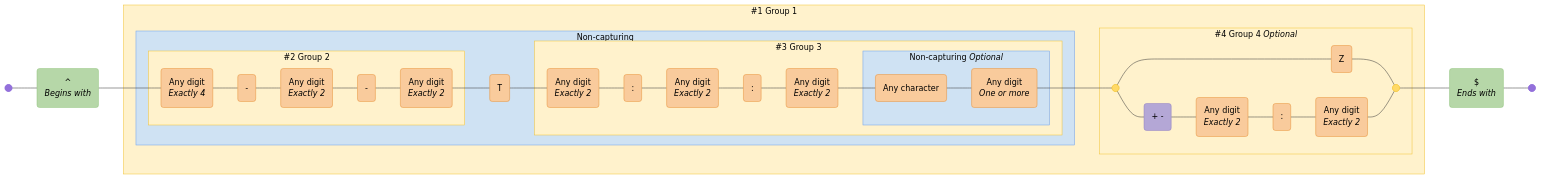
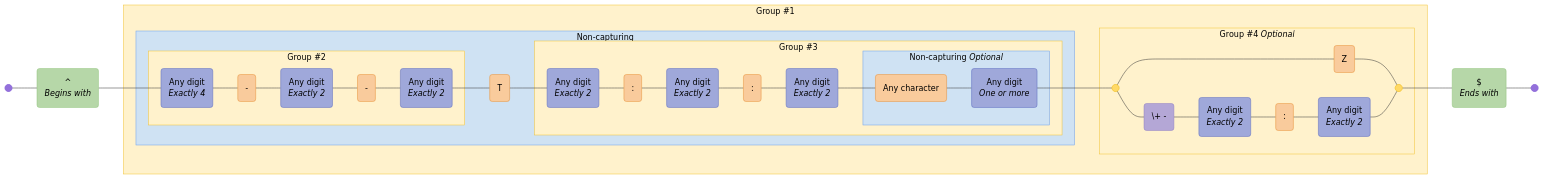
One commit to tayles/regex-to-mermaid changed the fourth of 15 diagrams in EXAMPLES.md. Above: the diagram before and after it, drawn with Mermaid. The commit also changed other lines of this file and 89 other files, not shown here.

````diff
--- a/EXAMPLES.md
+++ b/EXAMPLES.md
@@ -1965,75 +1709,75 @@
 ```mermaid
 graph LR
   accTitle: "Regex: /^((?:(\\d{4}-\\d{2}-\\d{2})T(\\d{2}:\\d{2}:\\d{2}(?:\\.\\d+)?))(Z|[\\+-]\\d{2}:\\d{2})?)$/gm"
-  accDescr: "Generated with regex-to-mermaid@1.0.4"
+  accDescr: "Generated with regex-to-mermaid@2.0.0"
 
   %% Nodes
   start@{ shape: f-circ };
   fin@{ shape: f-circ };
   assertion_1("^<br><i>Begins with</i>"):::assertion;
-  literal_1("Any digit<br><i>Exactly 4</i>"):::literal;
+  char_set_1("Any digit<br><i>Exactly 4</i>"):::char-set;
+  literal_1("-"):::literal;
+  char_set_2("Any digit<br><i>Exactly 2</i>"):::char-set;
   literal_2("-"):::literal;
-  literal_3("Any digit<br><i>Exactly 2</i>"):::literal;
-  literal_4("-"):::literal;
-  literal_5("Any digit<br><i>Exactly 2</i>"):::literal;
-  literal_6("T"):::literal;
-  literal_7("Any digit<br><i>Exactly 2</i>"):::literal;
-  literal_8(":"):::literal;
-  literal_9("Any digit<br><i>Exactly 2</i>"):::literal;
-  literal_10(":"):::literal;
-  literal_11("Any digit<br><i>Exactly 2</i>"):::literal;
-  literal_12("Any character"):::literal;
-  literal_13("Any digit<br><i>One or more</i>"):::literal;
+  char_set_3("Any digit<br><i>Exactly 2</i>"):::char-set;
+  literal_3("T"):::literal;
+  char_set_4("Any digit<br><i>Exactly 2</i>"):::char-set;
+  literal_4(":"):::literal;
+  char_set_5("Any digit<br><i>Exactly 2</i>"):::char-set;
+  literal_5(":"):::literal;
+  char_set_6("Any digit<br><i>Exactly 2</i>"):::char-set;
+  literal_6("Any character"):::literal;
+  char_set_7("Any digit<br><i>One or more</i>"):::char-set;
   disjunction_begin_1:::disjunction@{ shape: f-circ };
   disjunction_end_1:::disjunction@{ shape: f-circ };
-  literal_14("Z"):::literal;
-  char_class_1("+ -"):::char-class;
-  literal_15("Any digit<br><i>Exactly 2</i>"):::literal;
-  literal_16(":"):::literal;
-  literal_17("Any digit<br><i>Exactly 2</i>"):::literal;
+  literal_7("Z"):::literal;
+  char_class_1("\+ -"):::char-class;
+  char_set_8("Any digit<br><i>Exactly 2</i>"):::char-set;
+  literal_8(":"):::literal;
+  char_set_9("Any digit<br><i>Exactly 2</i>"):::char-set;
   assertion_2("$<br><i>Ends with</i>"):::assertion;
 
   %% Subgraphs
-  subgraph standard_2 ["#2 Group 2"]
+  subgraph standard_2 ["Group #2"]
+    char_set_1
     literal_1
+    char_set_2
     literal_2
-    literal_3
-    literal_4
-    literal_5
+    char_set_3
   end
 
   subgraph non_capturing_2 ["Non-capturing <i>Optional</i>"]
-    literal_12
-    literal_13
+    literal_6
+    char_set_7
   end
 
-  subgraph standard_3 ["#3 Group 3"]
+  subgraph standard_3 ["Group #3"]
     non_capturing_2
-    literal_7
-    literal_8
-    literal_9
-    literal_10
-    literal_11
+    char_set_4
+    literal_4
+    char_set_5
+    literal_5
+    char_set_6
   end
 
   subgraph non_capturing_1 ["Non-capturing"]
     standard_2
     non_capturing_2
     standard_3
-    literal_6
+    literal_3
   end
 
-  subgraph standard_4 ["#4 Group 4 <i>Optional</i>"]
+  subgraph standard_4 ["Group #4 <i>Optional</i>"]
     disjunction_begin_1
     disjunction_end_1
-    literal_14
+    literal_7
     char_class_1
-    literal_15
-    literal_16
-    literal_17
+    char_set_8
+    literal_8
+    char_set_9
   end
 
-  subgraph standard_1 ["#1 Group 1"]
+  subgraph standard_1 ["Group #1"]
     standard_2
     non_capturing_2
     standard_3
@@ -2043,33 +1787,34 @@
 
   %% Edges
   start --- assertion_1;
-  assertion_1 --- literal_1;
-  literal_1 --- literal_2;
-  literal_2 --- literal_3;
-  literal_3 --- literal_4;
-  literal_4 --- literal_5;
-  literal_5 --- literal_6;
-  literal_6 --- literal_7;
-  literal_7 --- literal_8;
-  literal_8 --- literal_9;
-  literal_9 --- literal_10;
-  literal_10 --- literal_11;
-  literal_11 --- literal_12;
-  literal_12 --- literal_13;
-  literal_13 --- disjunction_begin_1;
-  disjunction_begin_1 --- literal_14;
-  literal_14 --- disjunction_end_1;
+  assertion_1 --- char_set_1;
+  char_set_1 --- literal_1;
+  literal_1 --- char_set_2;
+  char_set_2 --- literal_2;
+  literal_2 --- char_set_3;
+  char_set_3 --- literal_3;
+  literal_3 --- char_set_4;
+  char_set_4 --- literal_4;
+  literal_4 --- char_set_5;
+  char_set_5 --- literal_5;
+  literal_5 --- char_set_6;
+  char_set_6 --- literal_6;
+  literal_6 --- char_set_7;
+  char_set_7 --- disjunction_begin_1;
+  disjunction_begin_1 --- literal_7;
+  literal_7 --- disjunction_end_1;
   disjunction_begin_1 --- char_class_1;
-  char_class_1 --- literal_15;
-  literal_15 --- literal_16;
-  literal_16 --- literal_17;
-  literal_17 --- disjunction_end_1;
+  char_class_1 --- char_set_8;
+  char_set_8 --- literal_8;
+  literal_8 --- char_set_9;
+  char_set_9 --- disjunction_end_1;
   disjunction_end_1 --- assertion_2;
   assertion_2 --- fin;
 
   %% Styles
   %% Node Styling
   classDef assertion fill:#B6D7A8,stroke:#93C47D,color:#000000;
+  classDef char-set fill:#9FA8DA,stroke:#5C6BC0,color:#000000;
   classDef literal fill:#F9CB9C,stroke:#E69138,color:#000000;
   classDef disjunction fill:#FFD966,stroke:#F1C232,color:#000000;
   classDef char-class fill:#B4A7D6,stroke:#8E7CC3,color:#000000;
````
